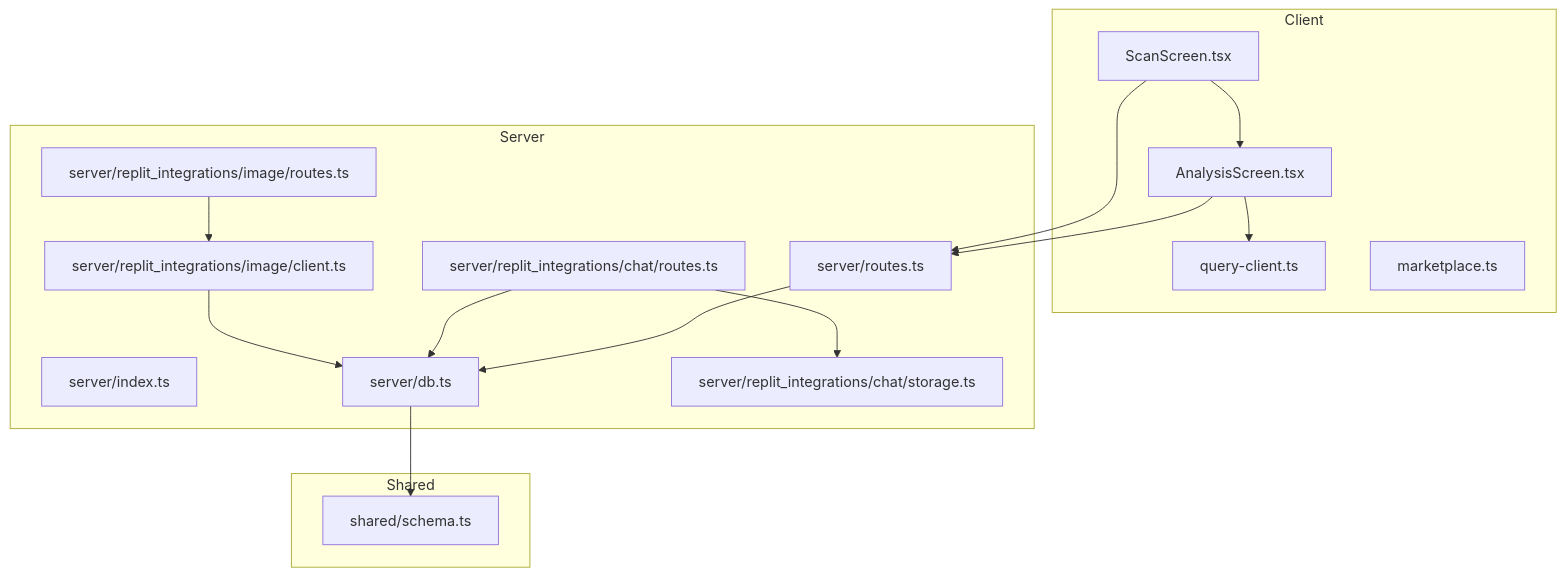
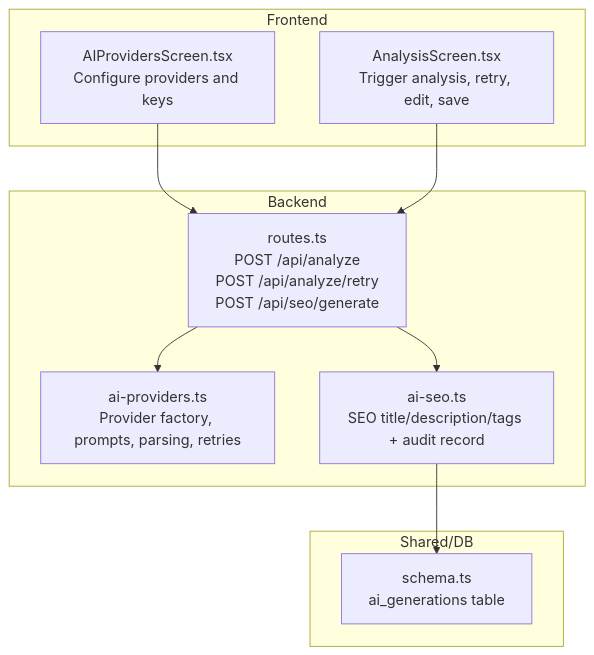
The first of 9 diagrams in .qoder/repowiki/en/content/AI Integration/AI Integration.md (hunglevi87/Hidden-Gem), drawn with Mermaid before and after one commit. The commit also changed other lines of this file and 99 other files, not shown here.

````diff
--- a/.qoder/repowiki/en/content/AI Integration/AI Integration.md
+++ b/.qoder/repowiki/en/content/AI Integration/AI Integration.md
@@ -43,31 +36,20 @@
 ```mermaid
 graph TB
-subgraph "Client"
-SS["ScanScreen.tsx"]
-AS["AnalysisScreen.tsx"]
-QC["query-client.ts"]
-MP["marketplace.ts"]
+subgraph "Frontend"
+A["AIProvidersScreen.tsx<br/>Configure providers and keys"]
+B["AnalysisScreen.tsx<br/>Trigger analysis, retry, edit, save"]
 end
-subgraph "Server"
-IDX["server/index.ts"]
-RT["server/routes.ts"]
-DB["server/db.ts"]
-CHAT_RT["server/replit_integrations/chat/routes.ts"]
-CHAT_ST["server/replit_integrations/chat/storage.ts"]
-IMG_CLI["server/replit_integrations/image/client.ts"]
-IMG_RT["server/replit_integrations/image/routes.ts"]
+subgraph "Backend"
+C["routes.ts<br/>POST /api/analyze<br/>POST /api/analyze/retry<br/>POST /api/seo/generate"]
+D["ai-providers.ts<br/>Provider factory, prompts, parsing, retries"]
+E["ai-seo.ts<br/>SEO title/description/tags + audit record"]
 end
-subgraph "Shared"
-SCH["shared/schema.ts"]
+subgraph "Shared/DB"
+F["schema.ts<br/>ai_generations table"]
 end
-SS --> AS
-AS --> QC
-AS --> RT
-SS --> RT
-RT --> DB
-CHAT_RT --> CHAT_ST
-CHAT_RT --> DB
-IMG_RT --> IMG_CLI
-IMG_CLI --> DB
-DB --> SCH
+A --> C
+B --> C
+C --> D
+C --> E
+E --> F
 ```
````
